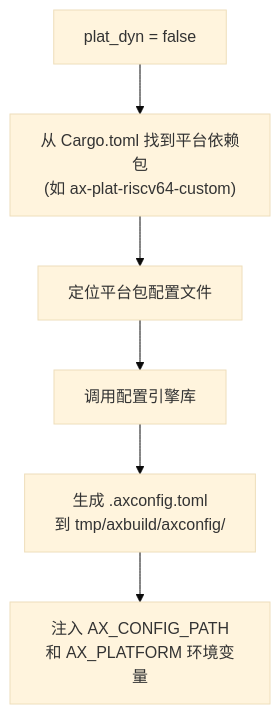
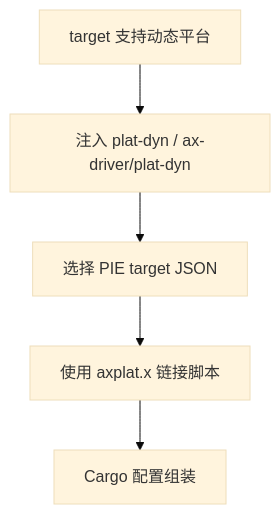
The fifth of 6 diagrams in docs/docs/build/build.md (rcore-os/tgoskits), drawn with Mermaid (base theme) before and after one commit. The commit also changed other lines of this file and 204 other files, not shown here.

Commit message:
refactor(axbuild): remove static platform and axconfig generation, make dynamic platform the only path

````diff
--- a/docs/docs/build/build.md
+++ b/docs/docs/build/build.md
@@ -174,8 +168,7 @@
 ```mermaid
 flowchart TD
-    A["plat_dyn = false"] --> B["从 Cargo.toml 找到平台依赖包<br/>(如 ax-plat-riscv64-custom)"]
-    B --> C["定位平台包配置文件"]
-    C --> D["调用配置引擎库"]
-    D --> E["生成 .axconfig.toml<br/>到 tmp/axbuild/axconfig/"]
-    E --> F["注入 AX_CONFIG_PATH<br/>和 AX_PLATFORM 环境变量"]
+    A["target 支持动态平台"] --> B["注入 plat-dyn / ax-driver/plat-dyn"]
+    B --> C["选择 PIE target JSON"]
+    C --> D["使用 axplat.x 链接脚本"]
+    D --> E["Cargo 配置组装"]
 ```
````
